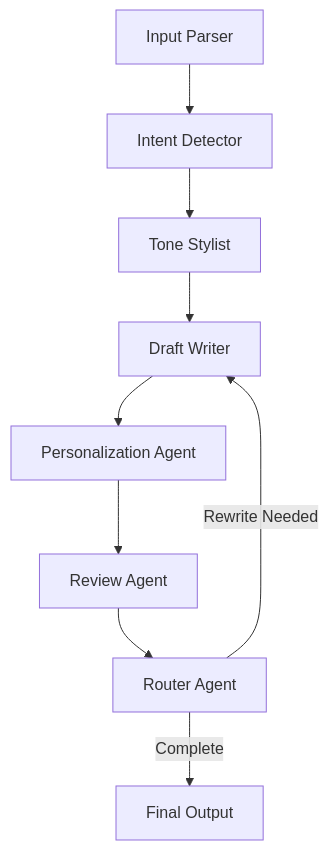
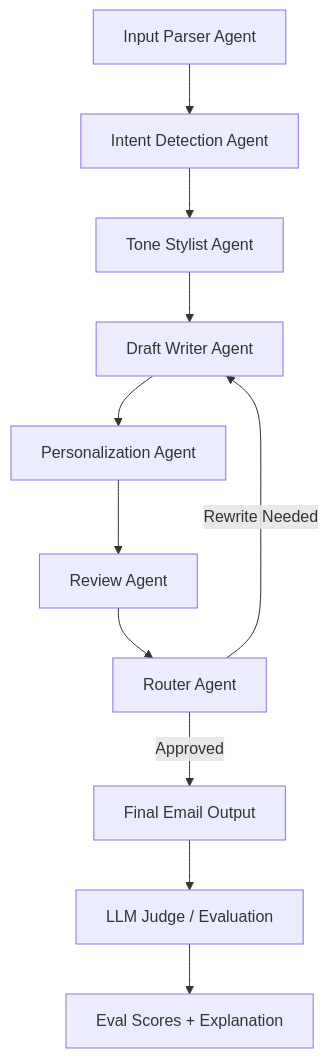
Before and after one commit to shankar08/emailGenerator: the diagram in README.md, drawn with Mermaid.

````diff
--- a/README.md
+++ b/README.md
@@ -61,11 +61,15 @@
 ```mermaid
 graph TD
-    A[Input Parser] --> B[Intent Detector]
-    B --> C[Tone Stylist]
-    C --> D[Draft Writer]
+    A[Input Parser Agent] --> B[Intent Detection Agent]
+    B --> C[Tone Stylist Agent]
+    C --> D[Draft Writer Agent]
     D --> E[Personalization Agent]
     E --> F[Review Agent]
     F --> G[Router Agent]
+
     G -- Rewrite Needed --> D
-    G -- Complete --> H[Final Output]
+    G -- Approved --> H[Final Email Output]
+
+    H --> I[LLM Judge / Evaluation]
+    I --> J[Eval Scores + Explanation]
 ```
````
